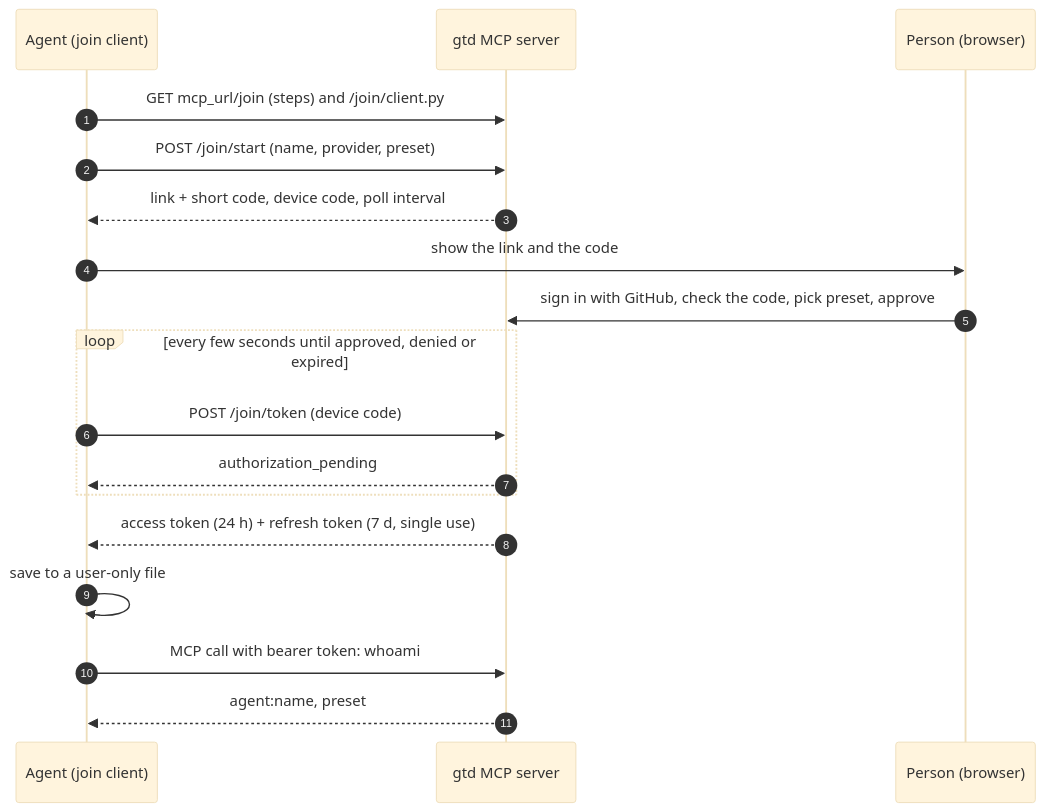
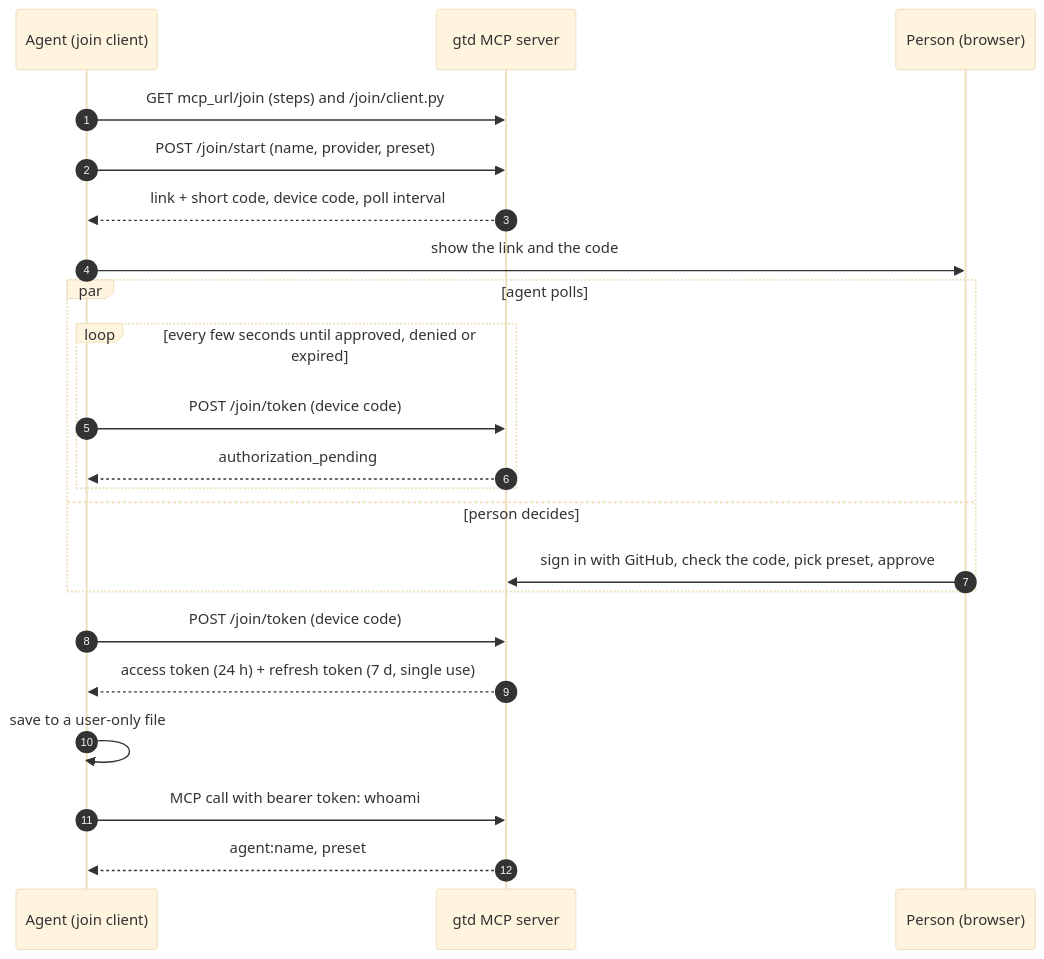
The first of 2 diagrams in knowledge/model/agent-sign-in.md (dandelion-love/gtd-board-kit), drawn with Mermaid (base theme) before and after one commit.

Commit message:
Show polling alongside approval in the join diagram
Claude-Session: https://claude.ai/code/session_01BRTh6uCH547uBZYyB1unCW

````diff
--- a/knowledge/model/agent-sign-in.md
+++ b/knowledge/model/agent-sign-in.md
@@ -103,20 +103,24 @@
 ```mermaid
 sequenceDiagram
     autonumber
     participant A as Agent (join client)
     participant S as gtd MCP server
     participant P as Person (browser)
     A->>S: GET mcp_url/join (steps) and /join/client.py
     A->>S: POST /join/start (name, provider, preset)
     S-->>A: link + short code, device code, poll interval
     A->>P: show the link and the code
-    P->>S: sign in with GitHub, check the code, pick preset, approve
-    loop every few seconds until approved, denied or expired
-        A->>S: POST /join/token (device code)
-        S-->>A: authorization_pending
+    par agent polls
+        loop every few seconds until approved, denied or expired
+            A->>S: POST /join/token (device code)
+            S-->>A: authorization_pending
+        end
+    and person decides
+        P->>S: sign in with GitHub, check the code, pick preset, approve
     end
+    A->>S: POST /join/token (device code)
     S-->>A: access token (24 h) + refresh token (7 d, single use)
     A->>A: save to a user-only file
     A->>S: MCP call with bearer token: whoami
     S-->>A: agent:name, preset
 ```
````
